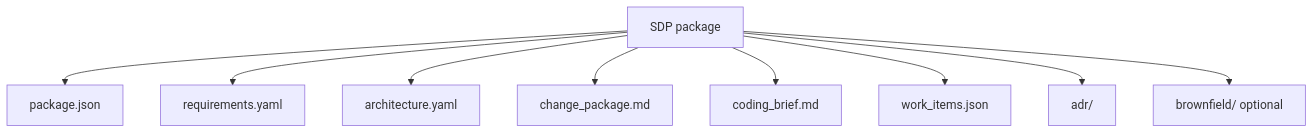
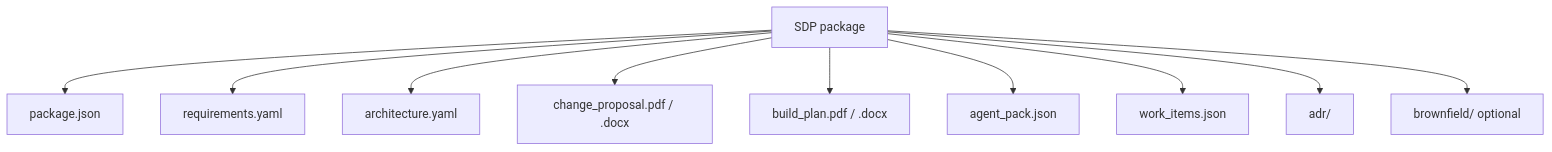
One commit to ResearchAnonymized/TimeArch changed the diagram in docs/wiki/Software-Delivery-Package.md. Above: the diagram before and after it, drawn with Mermaid. The commit also changed other lines of this file and 9 other files, not shown here.

````diff
--- a/docs/wiki/Software-Delivery-Package.md
+++ b/docs/wiki/Software-Delivery-Package.md
@@ -21,12 +37,13 @@
 ```mermaid
 flowchart TB
   SDP[SDP package]
   SDP --> M[package.json]
   SDP --> R[requirements.yaml]
   SDP --> A[architecture.yaml]
-  SDP --> CP[change_package.md]
-  SDP --> CB[coding_brief.md]
+  SDP --> SCP[change_proposal.pdf / .docx]
+  SDP --> SIP[build_plan.pdf / .docx]
+  SDP --> AP[agent_pack.json]
   SDP --> W[work_items.json]
   SDP --> ADR[adr/]
   SDP --> BF[brownfield/ optional]
 ```
````
